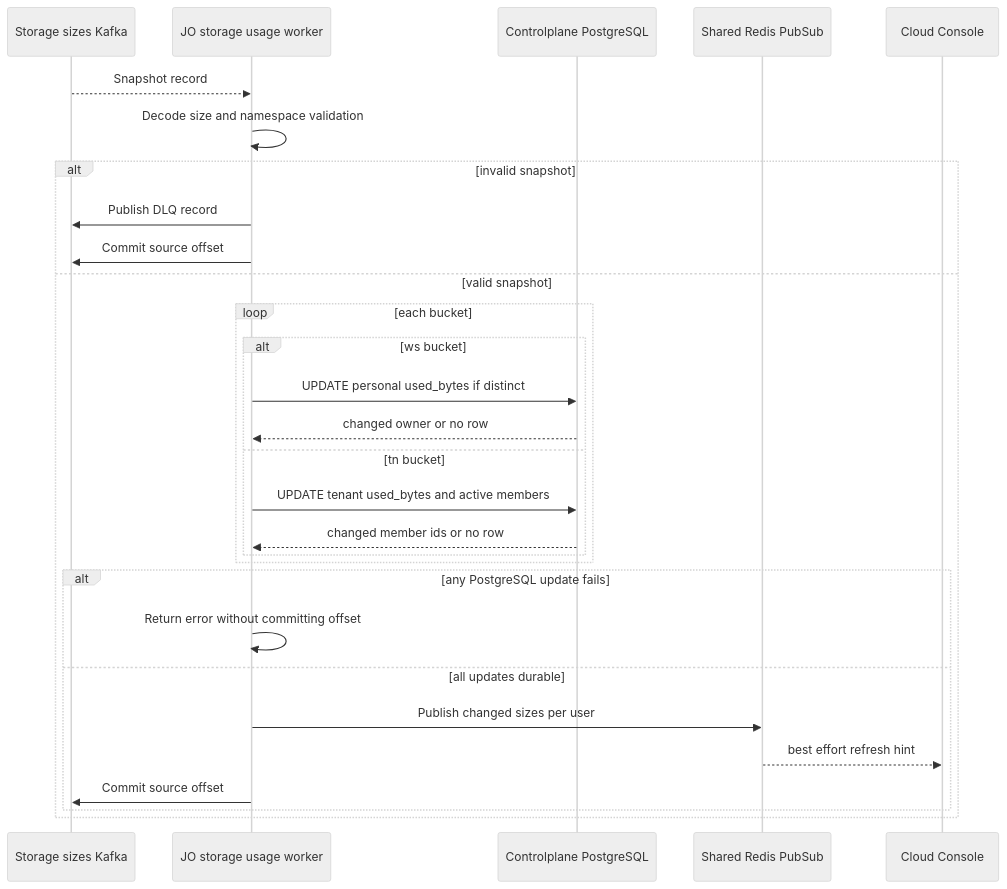
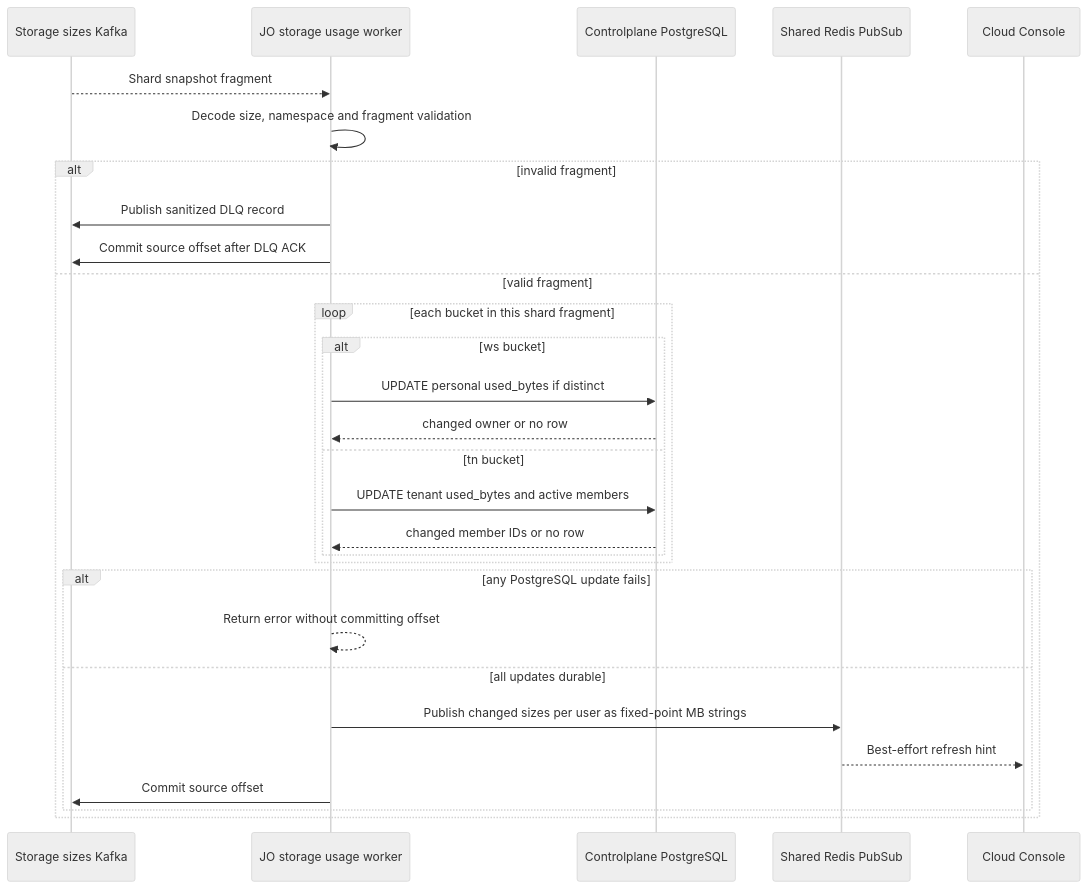
Before and after one commit to phucle996/aurora: the second of 3 diagrams in god_view/storage/storage_bucket_usage_projection_god_view_workflow.md, drawn with Mermaid (neutral theme). The commit also changed other lines of this file and 59 other files, not shown here.

````diff
--- a/god_view/storage/storage_bucket_usage_projection_god_view_workflow.md
+++ b/god_view/storage/storage_bucket_usage_projection_god_view_workflow.md
@@ -84,32 +97,32 @@
 ```mermaid
 sequenceDiagram
     participant K as Storage sizes Kafka
     participant JO as JO storage usage worker
     participant PG as Controlplane PostgreSQL
     participant R as Shared Redis PubSub
     participant U as Cloud Console
 
-    K-->>JO: Snapshot record
-    JO->>JO: Decode size and namespace validation
-    alt invalid snapshot
-        JO->>K: Publish DLQ record
-        JO->>K: Commit source offset
-    else valid snapshot
-        loop each bucket
+    K-->>JO: Shard snapshot fragment
+    JO->>JO: Decode size, namespace and fragment validation
+    alt invalid fragment
+        JO->>K: Publish sanitized DLQ record
+        JO->>K: Commit source offset after DLQ ACK
+    else valid fragment
+        loop each bucket in this shard fragment
             alt ws bucket
                 JO->>PG: UPDATE personal used_bytes if distinct
                 PG-->>JO: changed owner or no row
             else tn bucket
                 JO->>PG: UPDATE tenant used_bytes and active members
-                PG-->>JO: changed member ids or no row
+                PG-->>JO: changed member IDs or no row
             end
         end
         alt any PostgreSQL update fails
-            JO->>JO: Return error without committing offset
+            JO-->>JO: Return error without committing offset
         else all updates durable
-            JO->>R: Publish changed sizes per user
-            R-->>U: best effort refresh hint
+            JO->>R: Publish changed sizes per user as fixed-point MB strings
+            R-->>U: Best-effort refresh hint
             JO->>K: Commit source offset
         end
     end
 ```
````
